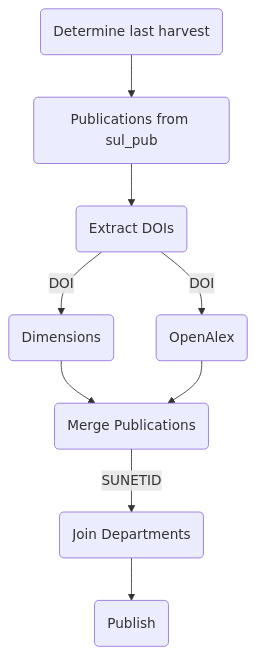
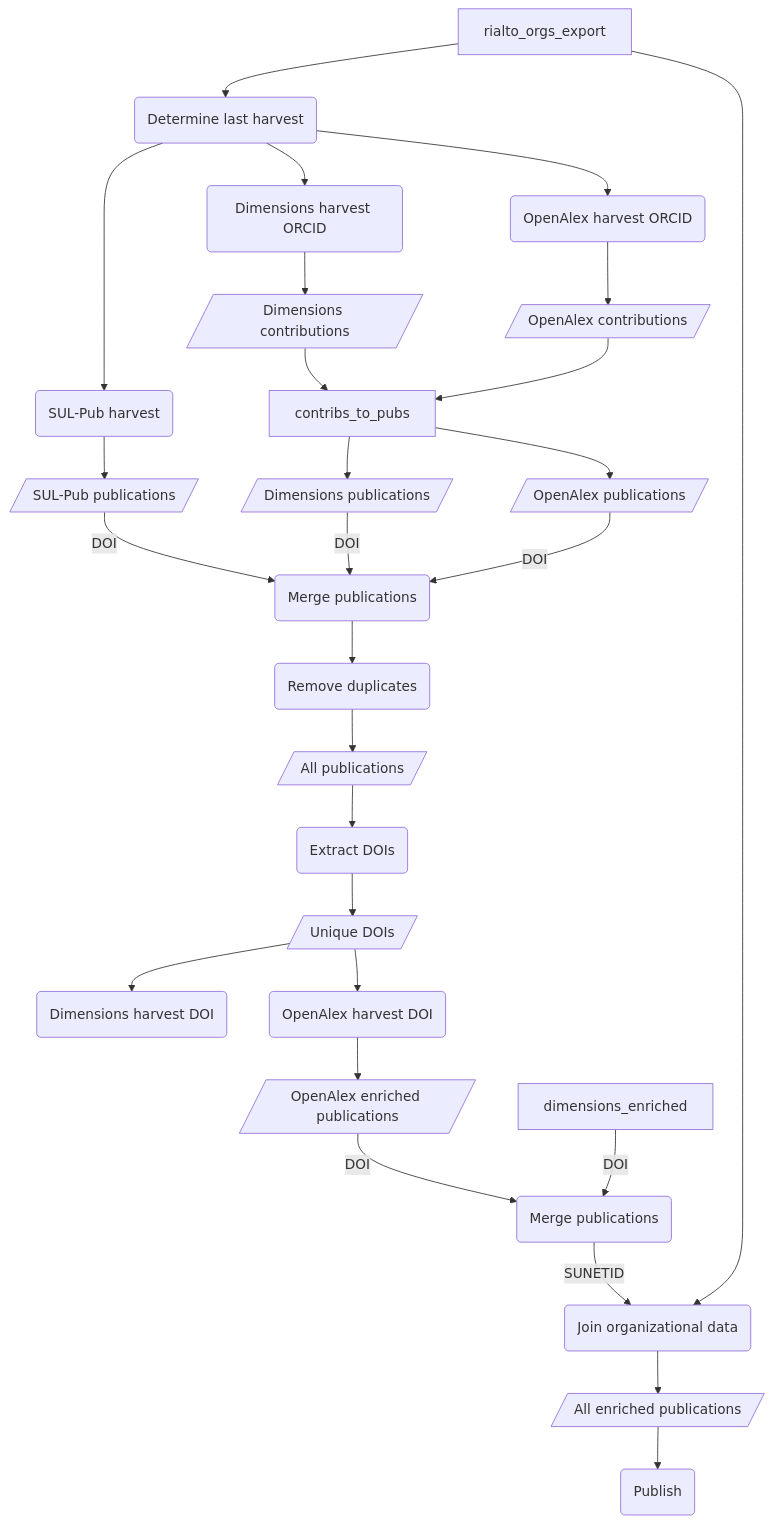
The diagram in README.md (sul-dlss-labs/rialto-airflow), drawn with Mermaid before and after one commit. The commit also changed other lines of this file, not shown here.

Commit message:
revise docs

````diff
--- a/README.md
+++ b/README.md
@@ -7,11 +7,30 @@
 ```mermaid
 flowchart TD
-  last_harvest(Determine last harvest) --> sul_pub(Publications from sul_pub) 
-  sul_pub --> extract_doi(Extract DOIs)
-  extract_doi -- DOI --> openalex(OpenAlex)
-  extract_doi -- DOI --> dimensions(Dimensions)
-  dimensions --> merge_pubs(Merge Publications)
-  openalex --> merge_pubs(Merge Publications)
-  merge_pubs -- SUNETID --> join_departments(Join Departments)
-  join_departments --> publish(Publish)
+  last_harvest(Determine last harvest) --> sul_pub_harvest(SUL-Pub harvest)
+  sul_pub_harvest --> sul_pub_pubs[/SUL-Pub publications/]
+  rialto_orgs_export --> last_harvest
+  last_harvest --> dimensions_harvest_orcid(Dimensions harvest ORCID)
+  last_harvest --> openalex_harvest_orcid(OpenAlex harvest ORCID)
+  dimensions_harvest_orcid --> dimensions_contribs[/Dimensions contributions/]
+  openalex_harvest_orcid --> openalex_contribs[/OpenAlex contributions/]
+  dimensions_contribs --> contribs_to_pubs
+  openalex_contribs --> contribs_to_pubs
+  contribs_to_pubs --> dimensions_pubs[/Dimensions publications/]
+  contribs_to_pubs --> openalex_pubs[/OpenAlex publications/]
+  dimensions_pubs -- DOI --> merge_pubs(Merge publications)
+  openalex_pubs -- DOI --> merge_pubs(Merge publications)
+  sul_pub_pubs -- DOI --> merge_pubs(Merge publications)
+  merge_pubs --> drop_duplicates(Remove duplicates)
+  drop_duplicates --> all_pubs[/All publications/]
+  all_pubs --> extract_dois(Extract DOIs)
+  extract_dois --> dois[/Unique DOIs/]
+  dois --> dimensions_enrich(Dimensions harvest DOI)
+  dois --> openalex_enrich(OpenAlex harvest DOI)
+  openalex_enrich --> openalex_enriched[/OpenAlex enriched publications/]
+  dimensions_enriched -- DOI --> merge_pubs_two(Merge publications)
+  openalex_enriched -- DOI --> merge_pubs_two(Merge publications)
+  rialto_orgs_export --> join_org_data
+  merge_pubs_two -- SUNETID --> join_org_data(Join organizational data)
+  join_org_data --> all_enriched_publications[/All enriched publications/]
+  all_enriched_publications --> publish(Publish)
 ```
````
